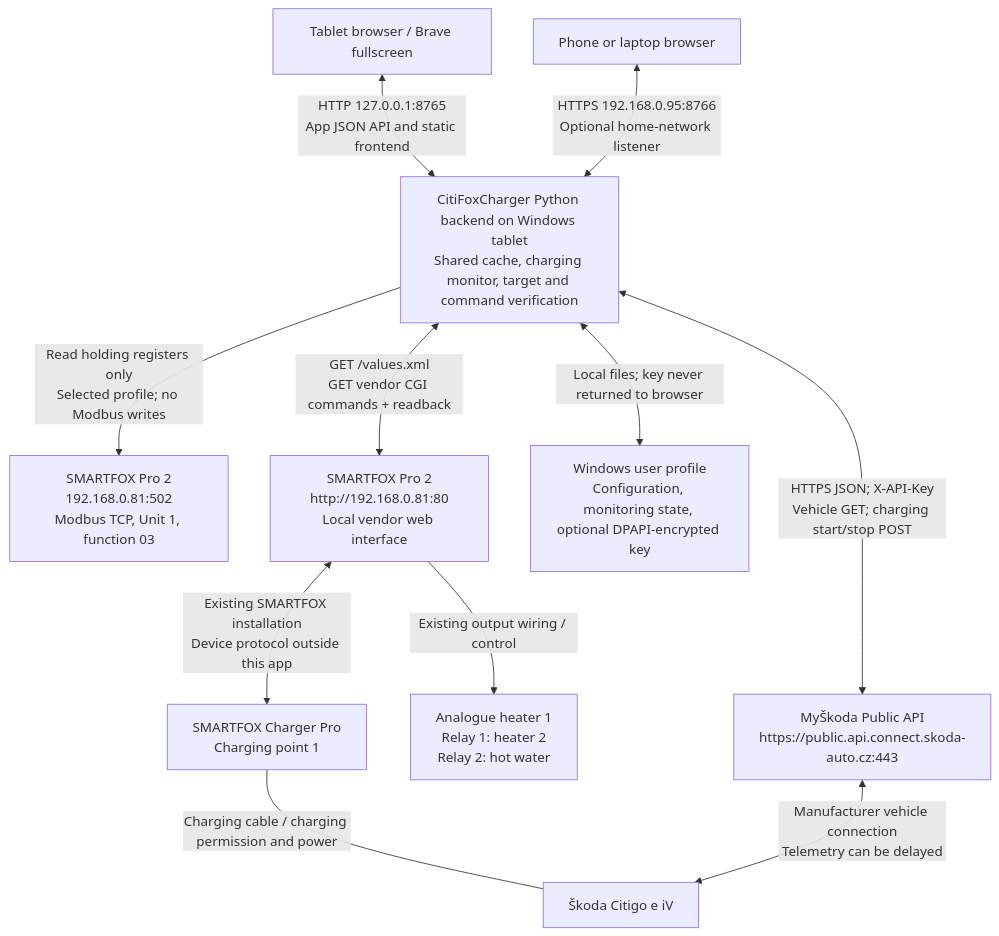
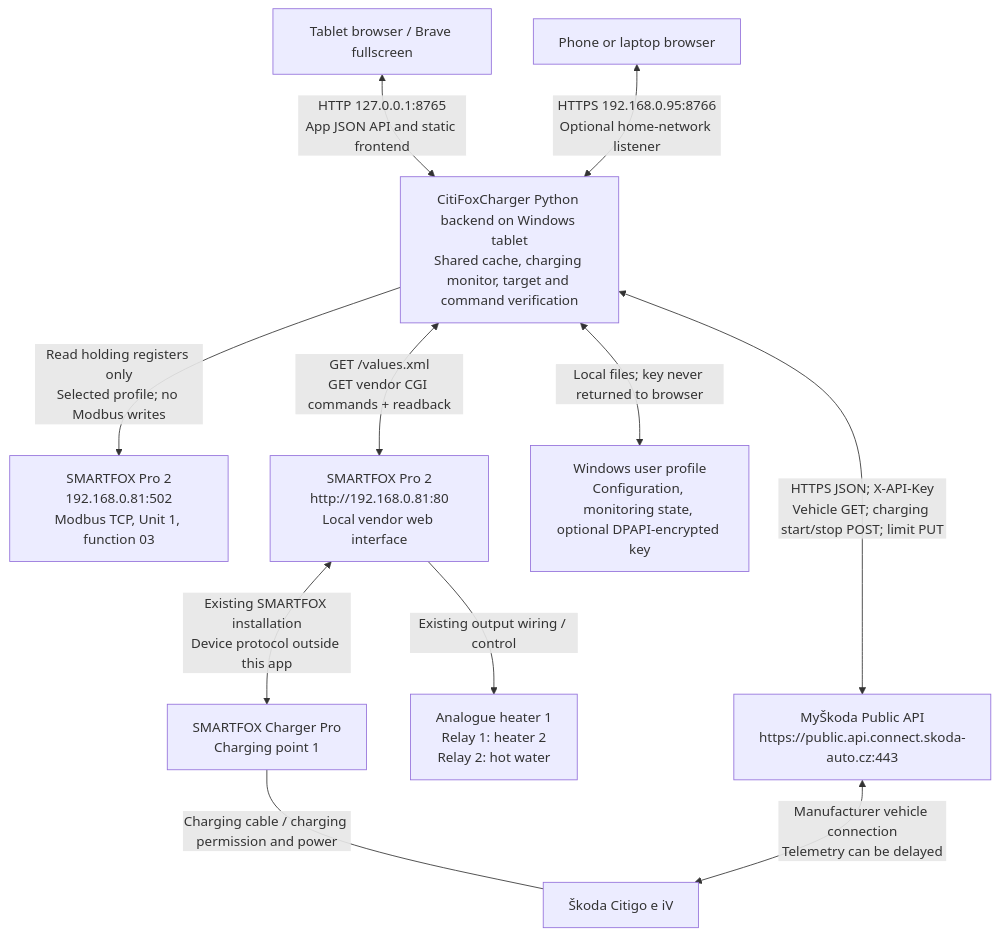
One commit to danielrammer/CitiFoxCharger changed the first of 2 diagrams in COMMUNICATION.md. Above: the diagram before and after it, drawn with Mermaid. The commit also changed other lines of this file and 18 other files, not shown here.

````diff
--- a/COMMUNICATION.md
+++ b/COMMUNICATION.md
@@ -7,24 +7,24 @@
 ```mermaid
 flowchart TB
     Local["Tablet browser / Brave fullscreen"]
     Remote["Phone or laptop browser"]
     Backend["CitiFoxCharger Python backend on Windows tablet\nShared cache, charging monitor, target and command verification"]
     Modbus["SMARTFOX Pro 2\n192.168.0.81:502\nModbus TCP, Unit 1, function 03"]
     Web["SMARTFOX Pro 2\nhttp://192.168.0.81:80\nLocal vendor web interface"]
     Charger["SMARTFOX Charger Pro\nCharging point 1"]
     Outputs["Analogue heater 1\nRelay 1: heater 2\nRelay 2: hot water"]
     Cloud["MyŠkoda Public API\nhttps://public.api.connect.skoda-auto.cz:443"]
     Car["Škoda Citigo e iV"]
     Store["Windows user profile\nConfiguration, monitoring state, optional DPAPI-encrypted key"]
 
     Local <-->|"HTTP 127.0.0.1:8765\nApp JSON API and static frontend"| Backend
     Remote <-->|"HTTPS 192.168.0.95:8766\nOptional home-network listener"| Backend
     Backend -->|"Read holding registers only\nSelected profile; no Modbus writes"| Modbus
     Backend <-->|"GET /values.xml\nGET vendor CGI commands + readback"| Web
     Web <-->|"Existing SMARTFOX installation\nDevice protocol outside this app"| Charger
     Web -->|"Existing output wiring / control"| Outputs
     Charger ---|"Charging cable / charging permission and power"| Car
-    Backend <-->|"HTTPS JSON; X-API-Key\nVehicle GET; charging start/stop POST"| Cloud
+    Backend <-->|"HTTPS JSON; X-API-Key\nVehicle GET; charging start/stop POST; limit PUT"| Cloud
     Cloud <-->|"Manufacturer vehicle connection\nTelemetry can be delayed"| Car
     Backend <-->|"Local files; key never returned to browser"| Store
 ```
````
